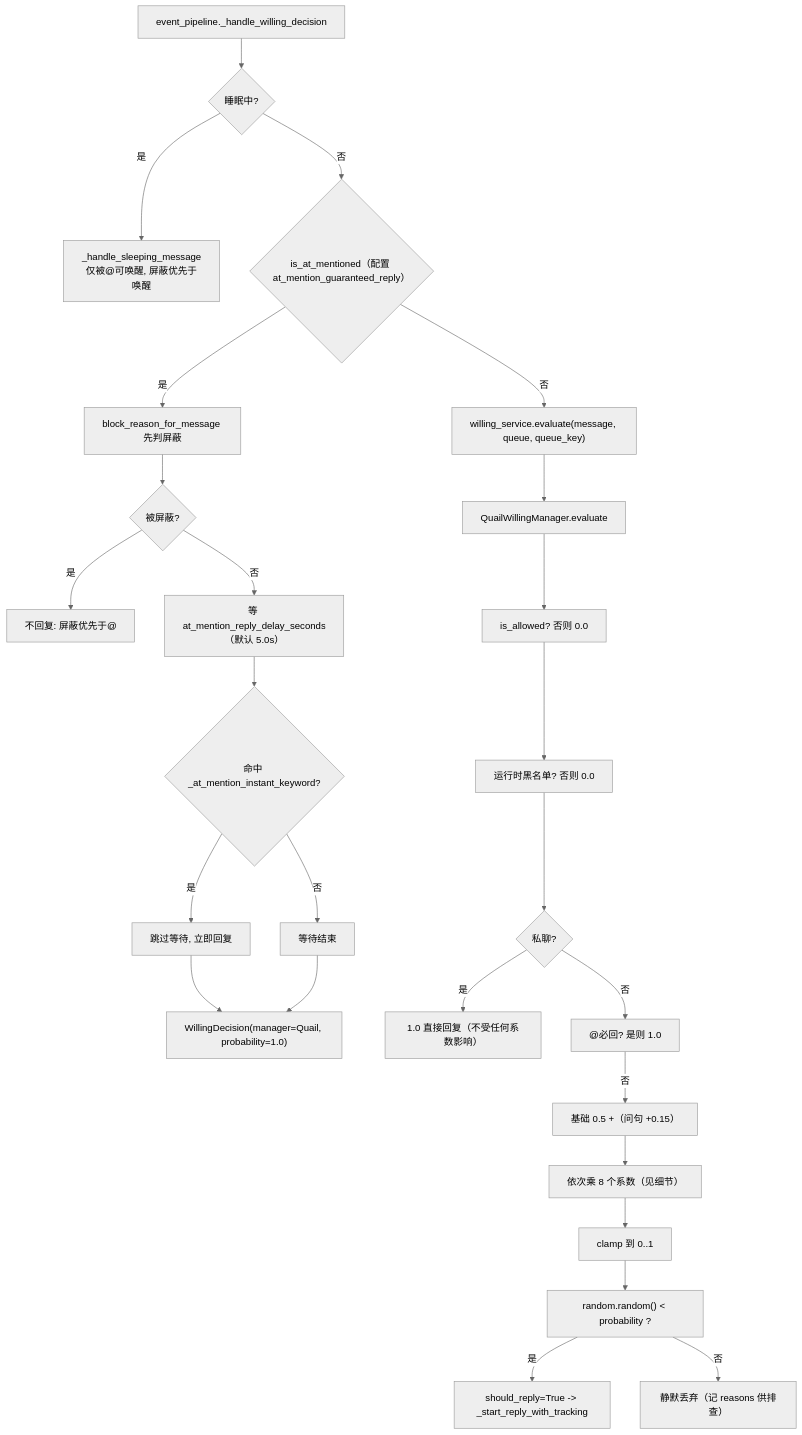
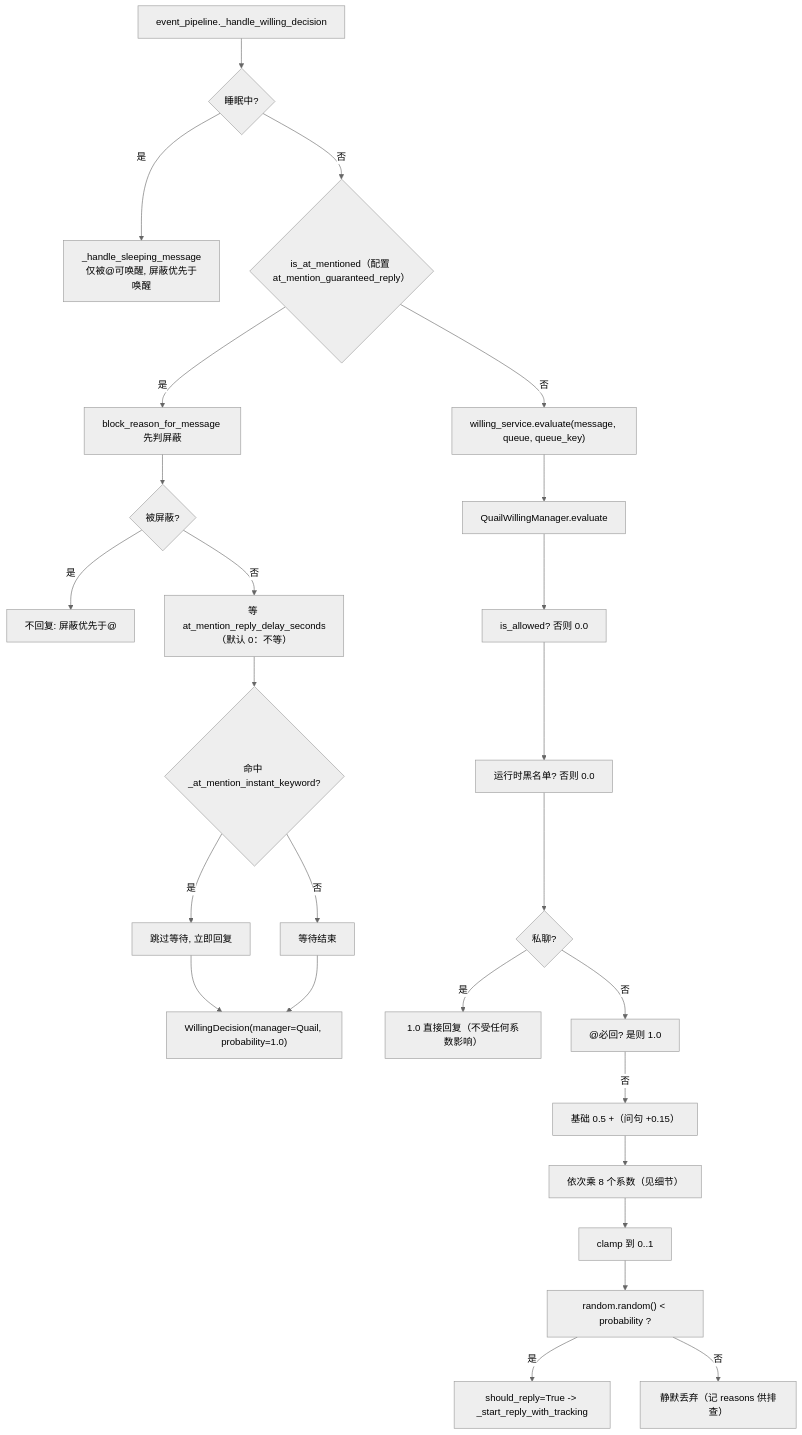
Before and after one commit to SuperQuail/NeoBot: the first of 9 diagrams in docs/flow/02b-willing-probability.md, drawn with Mermaid (neutral theme). The commit also changed other lines of this file and 59 other files, not shown here.

First line of the commit message:
chore(release): 发布 1.2.4-a2（缺陷修复与图片、回复优化） (#79)

````diff
--- a/docs/flow/02b-willing-probability.md
+++ b/docs/flow/02b-willing-probability.md
@@ -22,28 +22,28 @@
 ```mermaid
 flowchart TD
     A["event_pipeline._handle_willing_decision"] --> B{"睡眠中?"}
     B -- 是 --> B1["_handle_sleeping_message<br/>仅被@可唤醒, 屏蔽优先于唤醒"]
     B -- 否 --> C{"is_at_mentioned（配置 at_mention_guaranteed_reply）"}
     C -- 是 --> C1["block_reason_for_message 先判屏蔽"]
     C1 --> C2{"被屏蔽?"}
     C2 -- 是 --> C3["不回复: 屏蔽优先于@"]
-    C2 -- 否 --> C4["等 at_mention_reply_delay_seconds（默认 5.0s）"]
+    C2 -- 否 --> C4["等 at_mention_reply_delay_seconds（默认 0：不等）"]
     C4 --> C5{"命中 _at_mention_instant_keyword?"}
     C5 -- 是 --> C6["跳过等待, 立即回复"]
     C5 -- 否 --> C7["等待结束"]
     C6 --> D["WillingDecision(manager=Quail, probability=1.0)"]
     C7 --> D
     C -- 否 --> E["willing_service.evaluate(message, queue, queue_key)"]
     E --> F["QuailWillingManager.evaluate"]
     F --> G["is_allowed? 否则 0.0"]
     G --> H["运行时黑名单? 否则 0.0"]
     H --> I{"私聊?"}
     I -- 是 --> I1["1.0 直接回复（不受任何系数影响）"]
     I -- 否 --> J["@必回? 是则 1.0"]
     J -- 否 --> K["基础 0.5 +（问句 +0.15）"]
     K --> L["依次乘 8 个系数（见细节）"]
     L --> M["clamp 到 0..1"]
     M --> N["random.random() < probability ?"]
     N -- 是 --> O["should_reply=True -> _start_reply_with_tracking"]
     N -- 否 --> P["静默丢弃（记 reasons 供排查）"]
 ```
````
